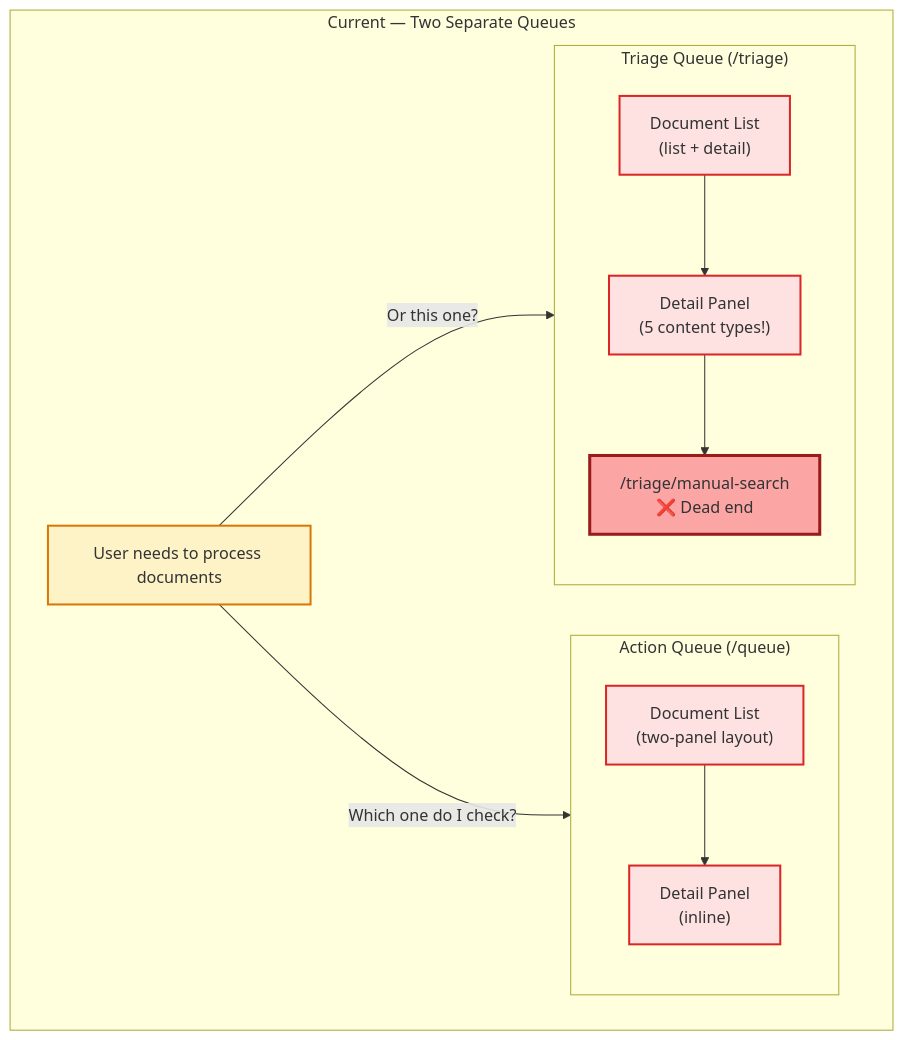
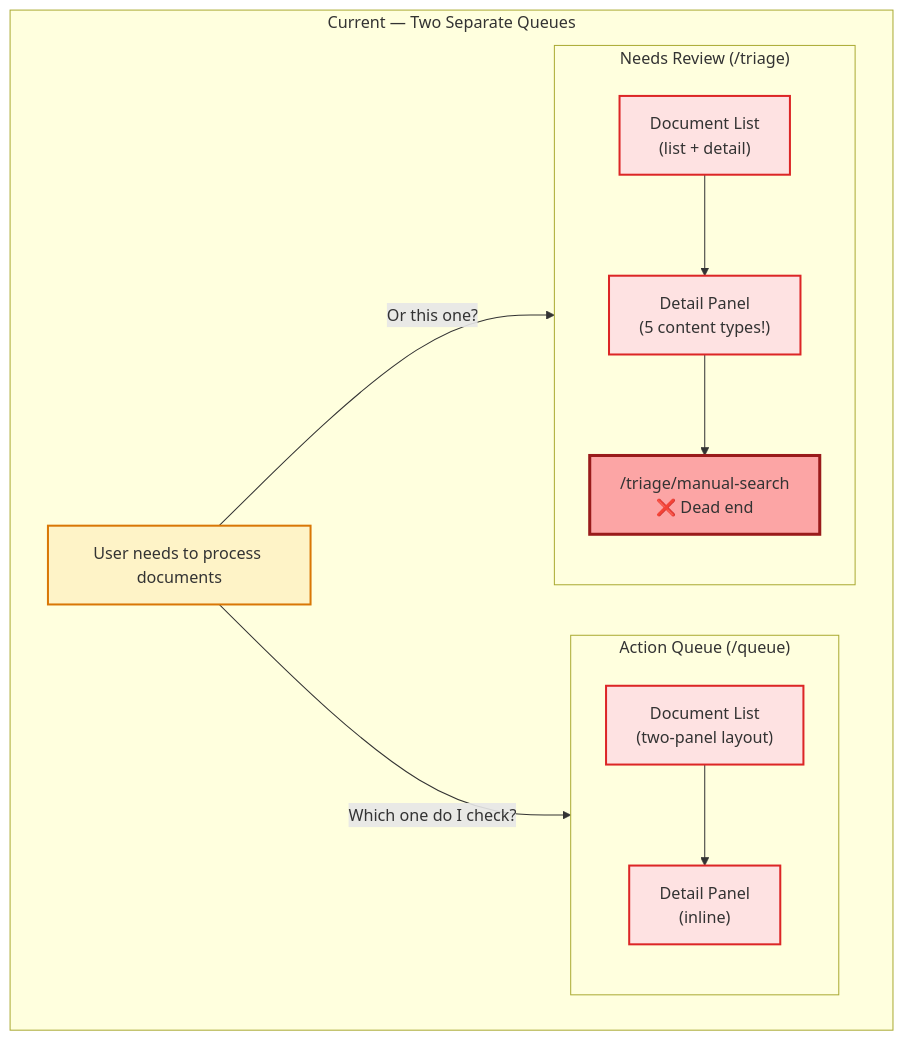
One commit to rsocko/owl changed the fifth of 9 diagrams in docs/design/active/ui-flow-diagrams.md. Above: the diagram before and after it, drawn with Mermaid. The commit also changed other lines of this file and 15 other files, not shown here.

First line of the commit message:
Rename triage queue to Needs Review

````diff
--- a/docs/design/active/ui-flow-diagrams.md
+++ b/docs/design/active/ui-flow-diagrams.md
@@ -183,29 +183,29 @@
 ```mermaid
 flowchart TD
     subgraph current["Current — Two Separate Queues"]
         USER[User needs to process documents]
         
         subgraph aq["Action Queue (/queue)"]
             AQ_LIST["Document List<br/>(two-panel layout)"]
             AQ_DETAIL["Detail Panel<br/>(inline)"]
             AQ_LIST --> AQ_DETAIL
         end
         
-        subgraph tq["Triage Queue (/triage)"]
+        subgraph tq["Needs Review (/triage)"]
             TQ_LIST["Document List<br/>(list + detail)"]
             TQ_DETAIL["Detail Panel<br/>(5 content types!)"]
             TQ_LIST --> TQ_DETAIL
             TQ_DETAIL --> TQ_MANUAL["/triage/manual-search<br/>❌ Dead end"]
         end
 
         USER -->|"Which one do I check?"| aq
         USER -->|"Or this one?"| tq
     end
 
     classDef problem fill:#fee2e2,stroke:#dc2626,stroke-width:2px
     classDef deadEnd fill:#fca5a5,stroke:#991b1b,stroke-width:3px
     classDef confusion fill:#fef3c7,stroke:#d97706,stroke-width:2px
     class AQ_LIST,AQ_DETAIL,TQ_LIST,TQ_DETAIL problem
     class TQ_MANUAL deadEnd
     class USER confusion
 ```
````
